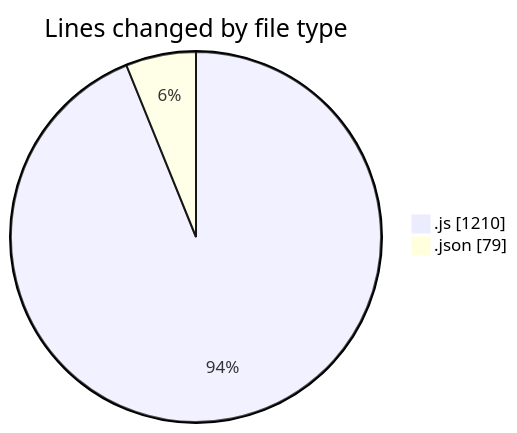
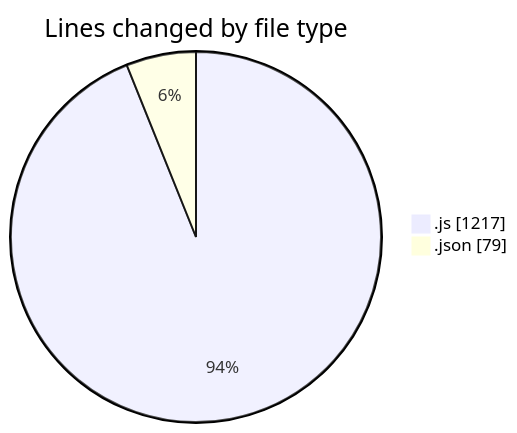
Before and after one commit to momahboobian/code-tracking: the first of 2 diagrams in 2025-01-31/cda/README.md, drawn with Mermaid. The commit also changed other lines of this file and 1 other file, not shown here.

````diff
--- a/2025-01-31/cda/README.md
+++ b/2025-01-31/cda/README.md
@@ -27,6 +27,6 @@
 ```mermaid
 pie showData
 title Lines changed by file type
-".js" : 1210
+".js" : 1217
 ".json" : 79
 ```
````
